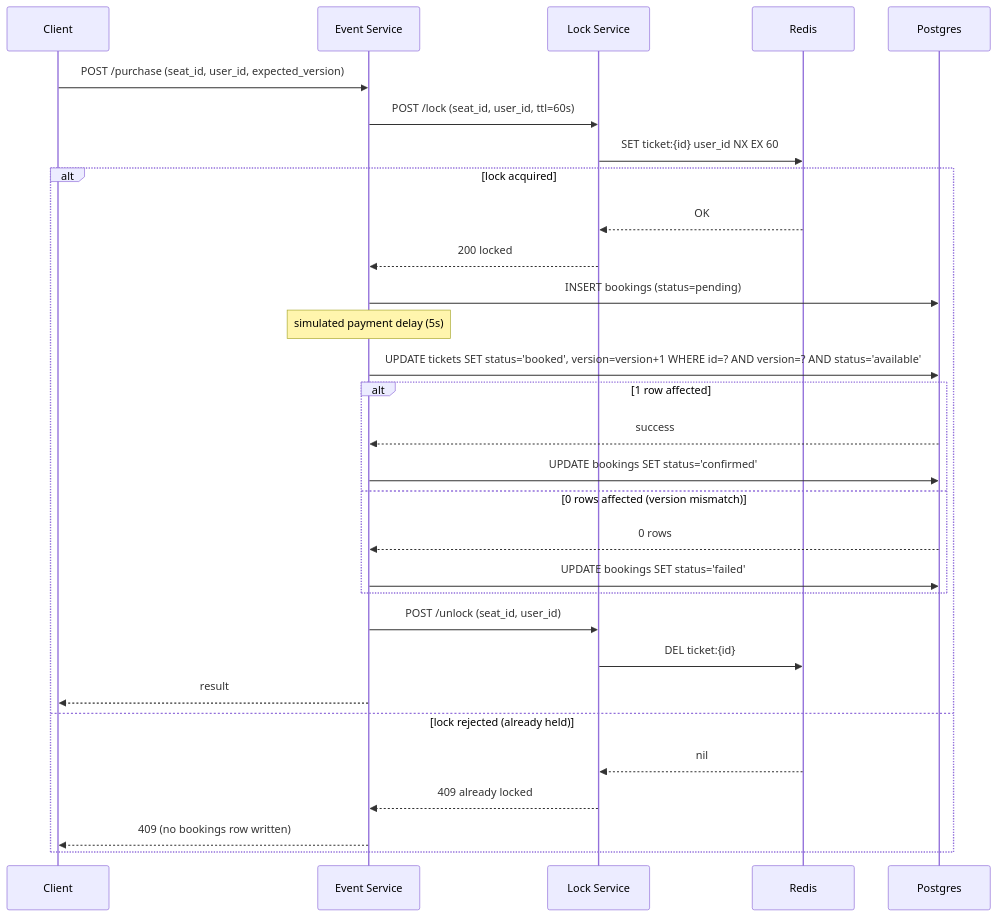
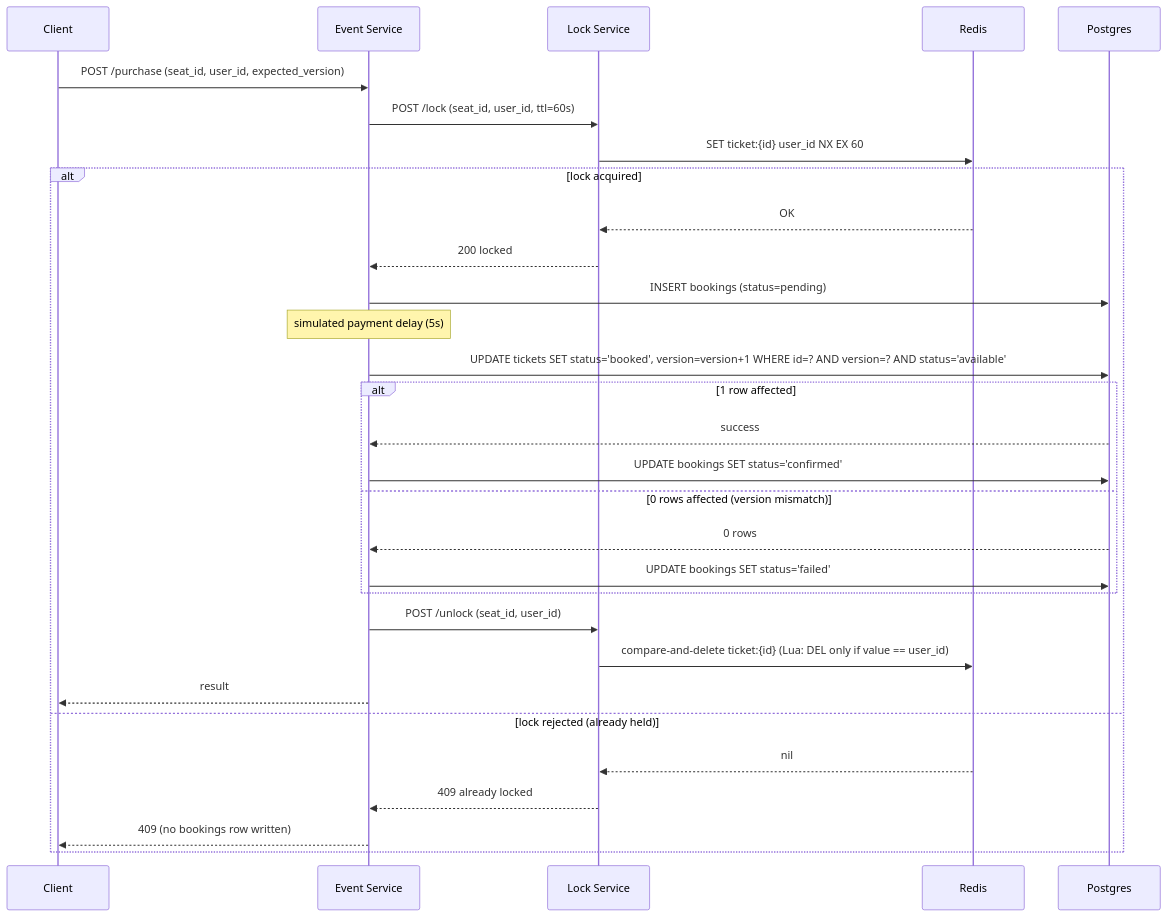
The third of 3 diagrams in ARCHITECTURE.md (sidd-dhegaskar/BMS), drawn with Mermaid before and after one commit. The commit also changed other lines of this file and 1 other file, not shown here.

````diff
--- a/ARCHITECTURE.md
+++ b/ARCHITECTURE.md
@@ -111,33 +111,33 @@
 ```mermaid
 sequenceDiagram
     participant C as Client
     participant E as Event Service
     participant L as Lock Service
     participant R as Redis
     participant P as Postgres
 
     C->>E: POST /purchase (seat_id, user_id, expected_version)
     E->>L: POST /lock (seat_id, user_id, ttl=60s)
     L->>R: SET ticket:{id} user_id NX EX 60
     alt lock acquired
         R-->>L: OK
         L-->>E: 200 locked
         E->>P: INSERT bookings (status=pending)
         Note over E: simulated payment delay (5s)
         E->>P: UPDATE tickets SET status='booked', version=version+1 WHERE id=? AND version=? AND status='available'
         alt 1 row affected
             P-->>E: success
             E->>P: UPDATE bookings SET status='confirmed'
         else 0 rows affected (version mismatch)
             P-->>E: 0 rows
             E->>P: UPDATE bookings SET status='failed'
         end
         E->>L: POST /unlock (seat_id, user_id)
-        L->>R: DEL ticket:{id}
+        L->>R: compare-and-delete ticket:{id} (Lua: DEL only if value == user_id)
         E-->>C: result
     else lock rejected (already held)
         R-->>L: nil
         L-->>E: 409 already locked
         E-->>C: 409 (no bookings row written)
     end
 ```
````
